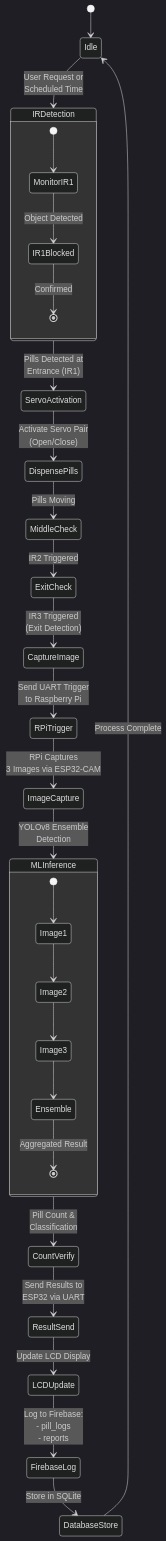
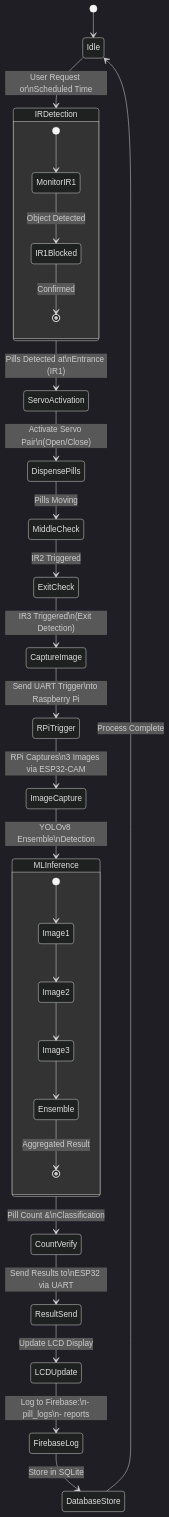
The fourth of 17 diagrams in diagram/MERMAID_DIAGRAMS.md (qppd/Pill-Dispenser-V3), drawn with Mermaid (dark theme) before and after one commit.

Commit message:
Added diagrams

````diff
--- a/diagram/MERMAID_DIAGRAMS.md
+++ b/diagram/MERMAID_DIAGRAMS.md
@@ -204,48 +204,48 @@
 ```mermaid
 stateDiagram-v2
     [*] --> Idle
     
-    Idle --> IRDetection: User Request or<br/>Scheduled Time
+    Idle --> IRDetection: User Request or\nScheduled Time
     
-    IRDetection --> ServoActivation: Pills Detected at<br/>Entrance (IR1)
+    IRDetection --> ServoActivation: Pills Detected at\nEntrance (IR1)
     
-    ServoActivation --> DispensePills: Activate Servo Pair<br/>(Open/Close)
+    ServoActivation --> DispensePills: Activate Servo Pair\n(Open/Close)
     
     DispensePills --> MiddleCheck: Pills Moving
     
     MiddleCheck --> ExitCheck: IR2 Triggered
     
-    ExitCheck --> CaptureImage: IR3 Triggered<br/>(Exit Detection)
+    ExitCheck --> CaptureImage: IR3 Triggered\n(Exit Detection)
     
-    CaptureImage --> RPiTrigger: Send UART Trigger<br/>to Raspberry Pi
+    CaptureImage --> RPiTrigger: Send UART Trigger\nto Raspberry Pi
     
-    RPiTrigger --> ImageCapture: RPi Captures<br/>3 Images via ESP32-CAM
+    RPiTrigger --> ImageCapture: RPi Captures\n3 Images via ESP32-CAM
     
-    ImageCapture --> MLInference: YOLOv8 Ensemble<br/>Detection
+    ImageCapture --> MLInference: YOLOv8 Ensemble\nDetection
     
-    MLInference --> CountVerify: Pill Count &<br/>Classification
+    MLInference --> CountVerify: Pill Count &\nClassification
     
-    CountVerify --> ResultSend: Send Results to<br/>ESP32 via UART
+    CountVerify --> ResultSend: Send Results to\nESP32 via UART
     
     ResultSend --> LCDUpdate: Update LCD Display
     
-    LCDUpdate --> FirebaseLog: Log to Firebase:<br/>- pill_logs<br/>- reports
+    LCDUpdate --> FirebaseLog: Log to Firebase:\n- pill_logs\n- reports
     
     FirebaseLog --> DatabaseStore: Store in SQLite
     
     DatabaseStore --> Idle: Process Complete
     
     state IRDetection {
         [*] --> MonitorIR1
         MonitorIR1 --> IR1Blocked: Object Detected
         IR1Blocked --> [*]: Confirmed
     }
     
     state MLInference {
         [*] --> Image1
         Image1 --> Image2
         Image2 --> Image3
         Image3 --> Ensemble
         Ensemble --> [*]: Aggregated Result
     }
 ```
````
